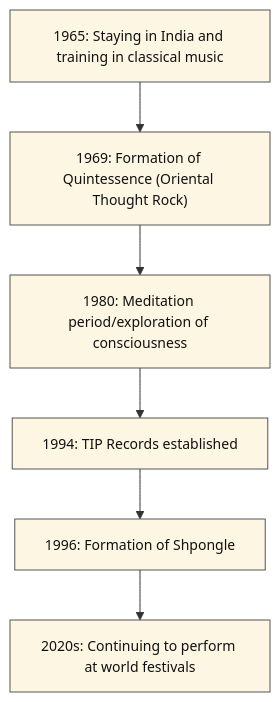
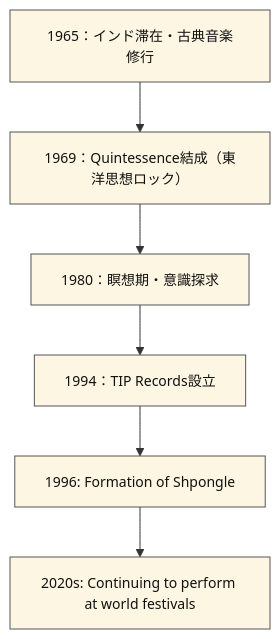
Before and after one commit to monumental-movement/monumental-movement.github.io: the fourth of 4 diagrams in en/_posts/2025-10-05-Column-Shpongle.md, drawn with Mermaid. The commit also changed other lines of this file and 2196 other files, not shown here.

```diff
--- a/en/_posts/2025-10-05-Column-Shpongle.md
+++ b/en/_posts/2025-10-05-Column-Shpongle.md
@@ -166,13 +166,13 @@
 <div class="mermaid">
 
 flowchart TD
-  A1965["1965: Staying in India and training in classical music"] --> A1969["1969: Formation of Quintessence (Oriental Thought Rock)"]
-  A1969 --> A1980["1980: Meditation period/exploration of consciousness"]
-  A1980 --> A1994["1994: TIP Records established"]
+  A1965["1965：インド滞在・古典音楽修行"] --> A1969["1969：Quintessence結成（東洋思想ロック）"]
+  A1969 --> A1980["1980：瞑想期・意識探求"]
+  A1980 --> A1994["1994：TIP Records設立"]
   A1994 --> A1996["1996: Formation of Shpongle"]
   A1996 --> A2020["2020s: Continuing to perform at world festivals"]
 
   classDef node fill:#fdf6e3,stroke:#555,stroke-width:1px,color:#111,font-size:14px;
   class A1965,A1969,A1980,A1994,A1996,A2020 node;
 
 </div>
```
